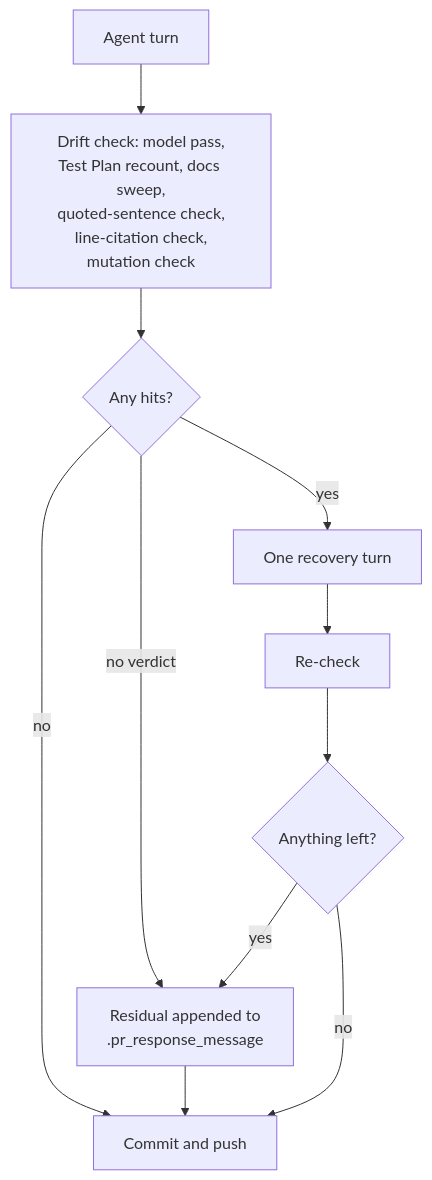
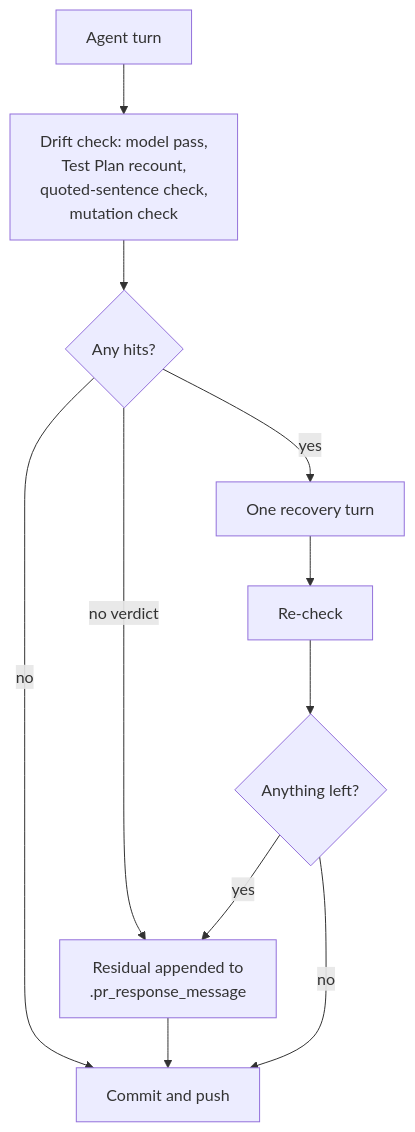
One commit to stSoftwareAU/VibeCoder changed the fifth of 11 diagrams in docs/workflows/pr-feedback.md. Above: the diagram before and after it, drawn with Mermaid. The commit also changed other lines of this file and 20 other files, not shown here.

````diff
--- a/docs/workflows/pr-feedback.md
+++ b/docs/workflows/pr-feedback.md
@@ -660,13 +659,13 @@
 ```mermaid
 flowchart TD
-    A["Agent turn"] --> D["Drift check: model pass,<br/>Test Plan recount, docs sweep,<br/>quoted-sentence check,<br/>line-citation check,<br/>mutation check"]
+    A["Agent turn"] --> D["Drift check: model pass,<br/>Test Plan recount,<br/>quoted-sentence check,<br/>mutation check"]
     D --> H{"Any hits?"}
     H -- no --> P["Commit and push"]
     H -- "no verdict" --> N["Residual appended to<br/>.pr_response_message"]
     H -- yes --> R["One recovery turn"]
     R --> C["Re-check"]
     C --> L{"Anything left?"}
     L -- yes --> N
     L -- no --> P
     N --> P
 ```
````
